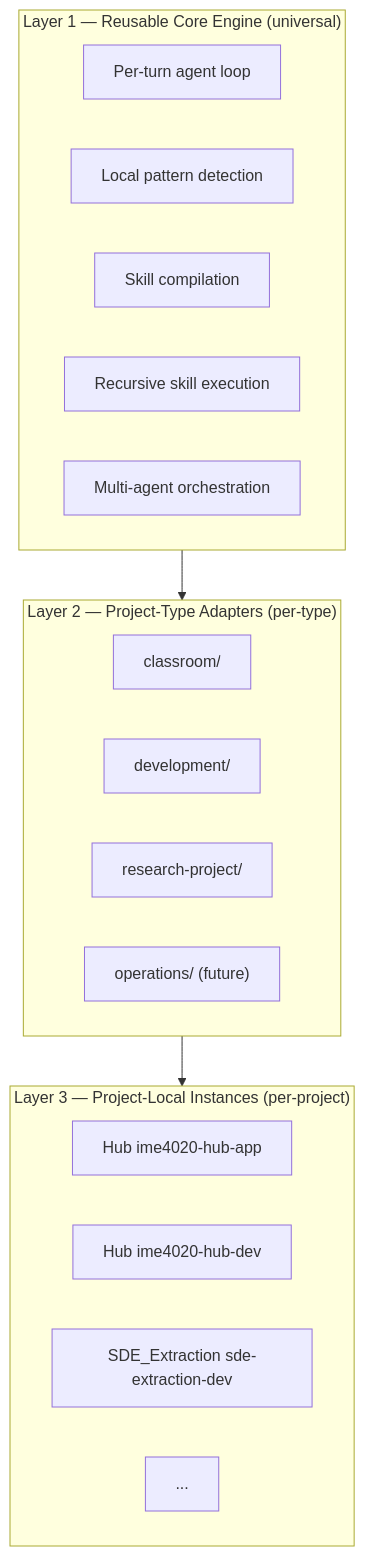
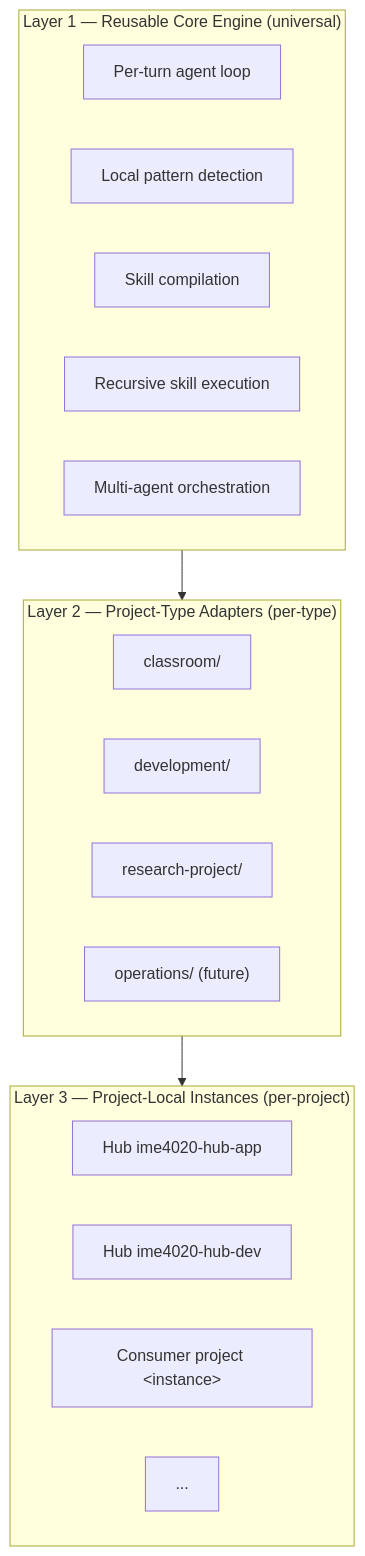
One commit to Lizo-RoadTown/Make_Skills changed the first of 3 diagrams in README.md. Above: the diagram before and after it, drawn with Mermaid. The commit also changed other lines of this file and 55 other files, not shown here.

````diff
--- a/README.md
+++ b/README.md
@@ -17,30 +17,30 @@
 ```mermaid
 flowchart TB
     subgraph CORE["Layer 1 — Reusable Core Engine (universal)"]
         direction LR
         C1[Per-turn agent loop]
         C2[Local pattern detection]
         C3[Skill compilation]
         C4[Recursive skill execution]
         C5[Multi-agent orchestration]
     end
 
     subgraph ADAPT["Layer 2 — Project-Type Adapters (per-type)"]
         direction LR
         A1[classroom/]
         A2[development/]
         A3[research-project/]
         A4["operations/ (future)"]
     end
 
     subgraph INST["Layer 3 — Project-Local Instances (per-project)"]
         direction LR
         I1[Hub ime4020-hub-app]
         I2[Hub ime4020-hub-dev]
-        I3[SDE_Extraction sde-extraction-dev]
+        I3[Consumer project &lt;instance&gt;]
         I4["..."]
     end
 
     CORE --> ADAPT
     ADAPT --> INST
 ```
````
